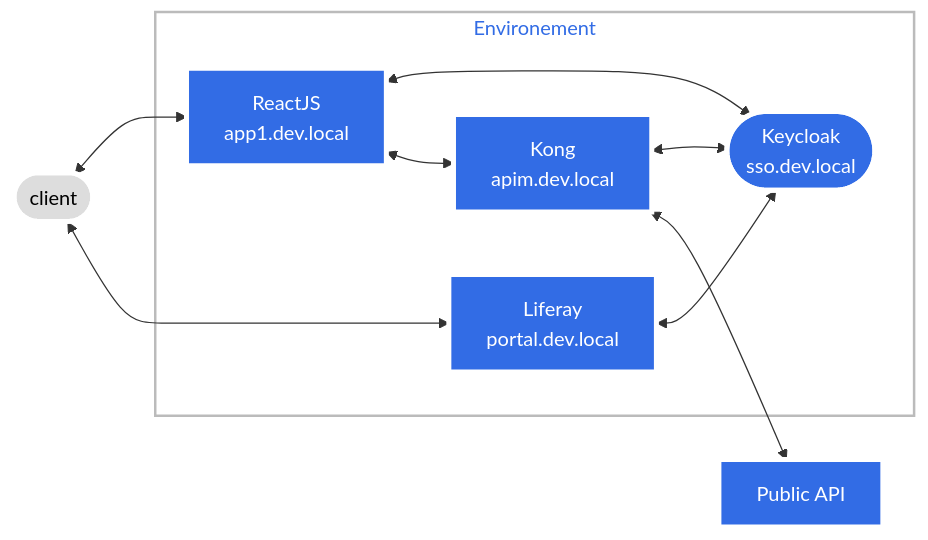
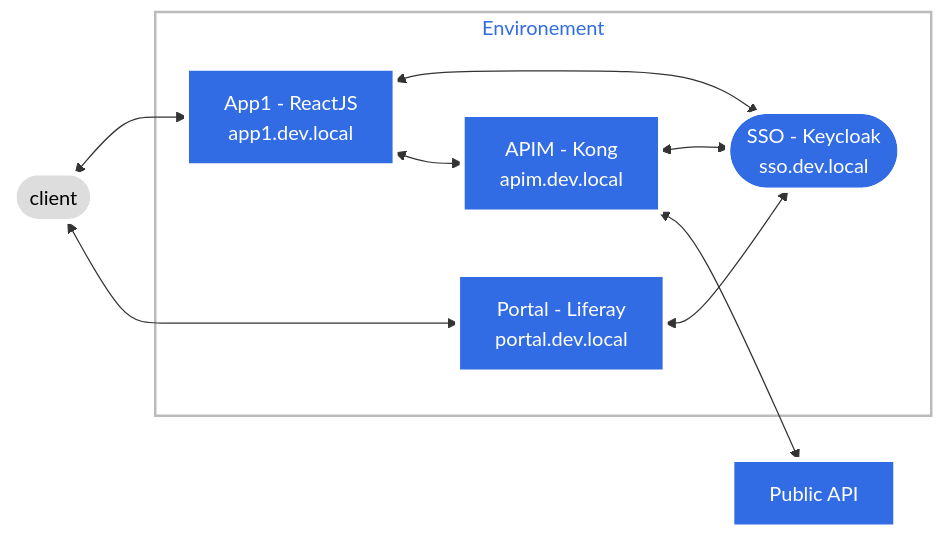
Before and after one commit to ThierryTouin/liferay-oauth-test: the diagram in poc1-reactjs-liferay-keycloak/README.markdown, drawn with Mermaid. The commit also changed other lines of this file and 94 other files, not shown here.

Commit message:
Converting React App to Web Component

````diff
--- a/poc1-reactjs-liferay-keycloak/README.markdown
+++ b/poc1-reactjs-liferay-keycloak/README.markdown
@@ -7,40 +7,40 @@
 ```mermaid
 
 graph  LR
 
 %% Nodes
 
-APP1[ReactJS<br>app1.dev.local]
-Portal[Liferay<br>portal.dev.local]
-APIM[Kong<br>apim.dev.local]
+APP1[App1 - ReactJS<br>app1.dev.local]
+Portal[Portal - Liferay<br>portal.dev.local]
+APIM[APIM - Kong<br>apim.dev.local]
 API[Public API]
 C([client])
-SSO([Keycloak<br>sso.dev.local])
+SSO([SSO - Keycloak<br>sso.dev.local])
 
 
 %% Links	
 
 C <--> APP1 ;
 C <--> Portal ;
 subgraph Environement
   APP1 <--> SSO;
 	APP1 <--> APIM;
 	APIM <--> SSO;
 	Portal <--> SSO;
 	%%APP1-.servi par.-SRV;
 end
 
 APIM <--> API;
 
 %% Defining node styles
 
   classDef plain fill:#ddd,stroke:#fff,stroke-width:4px,color:#000;
   classDef k8s fill:#326ce5,stroke:#fff,stroke-width:4px,color:#fff;
   classDef cluster fill:#fff,stroke:#bbb,stroke-width:2px,color:#326ce5;
   
 %% Assigning styles to nodes
 
   class Portal,APP1,APIM,API,SSO k8s;
   class C plain;
   class cluster cluster;
 ```
````
